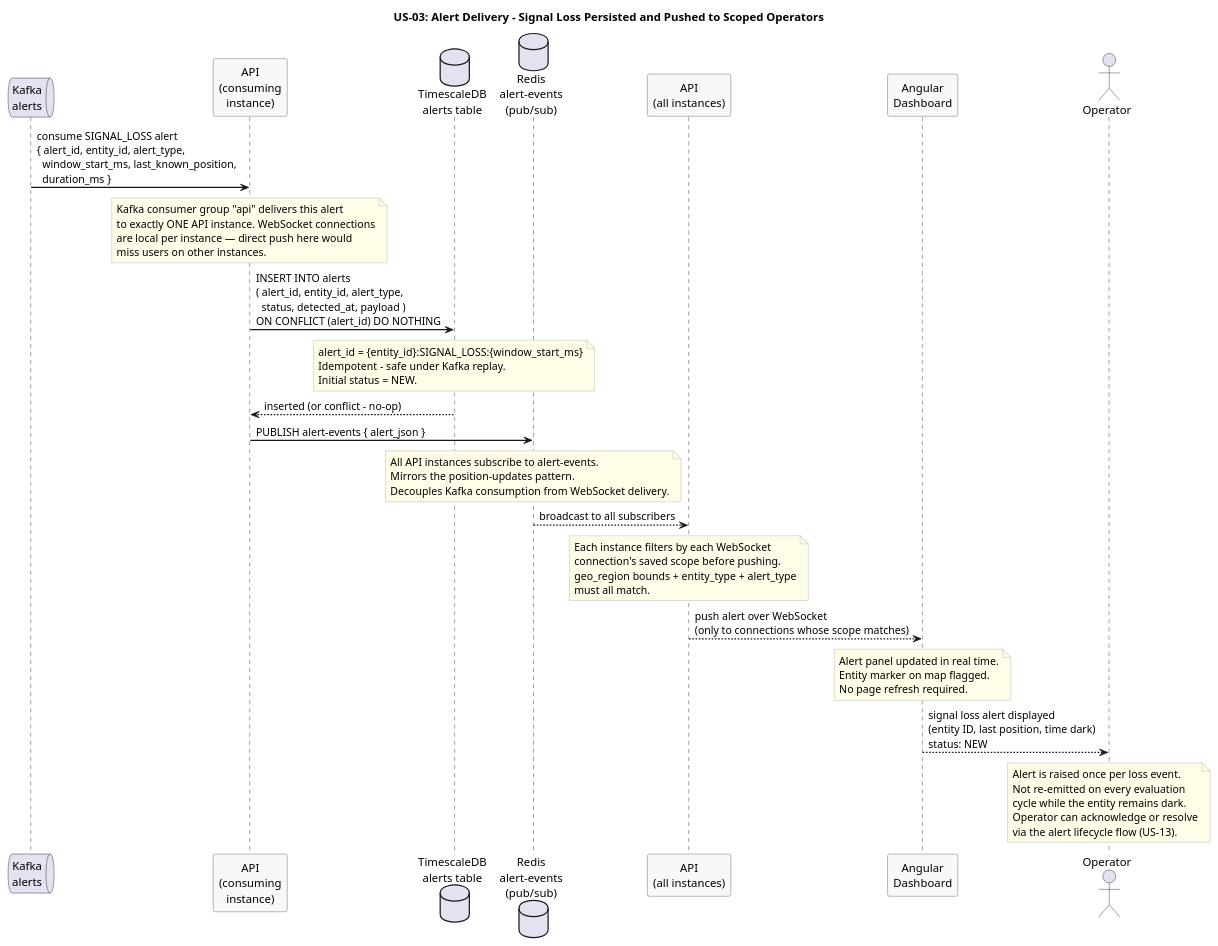
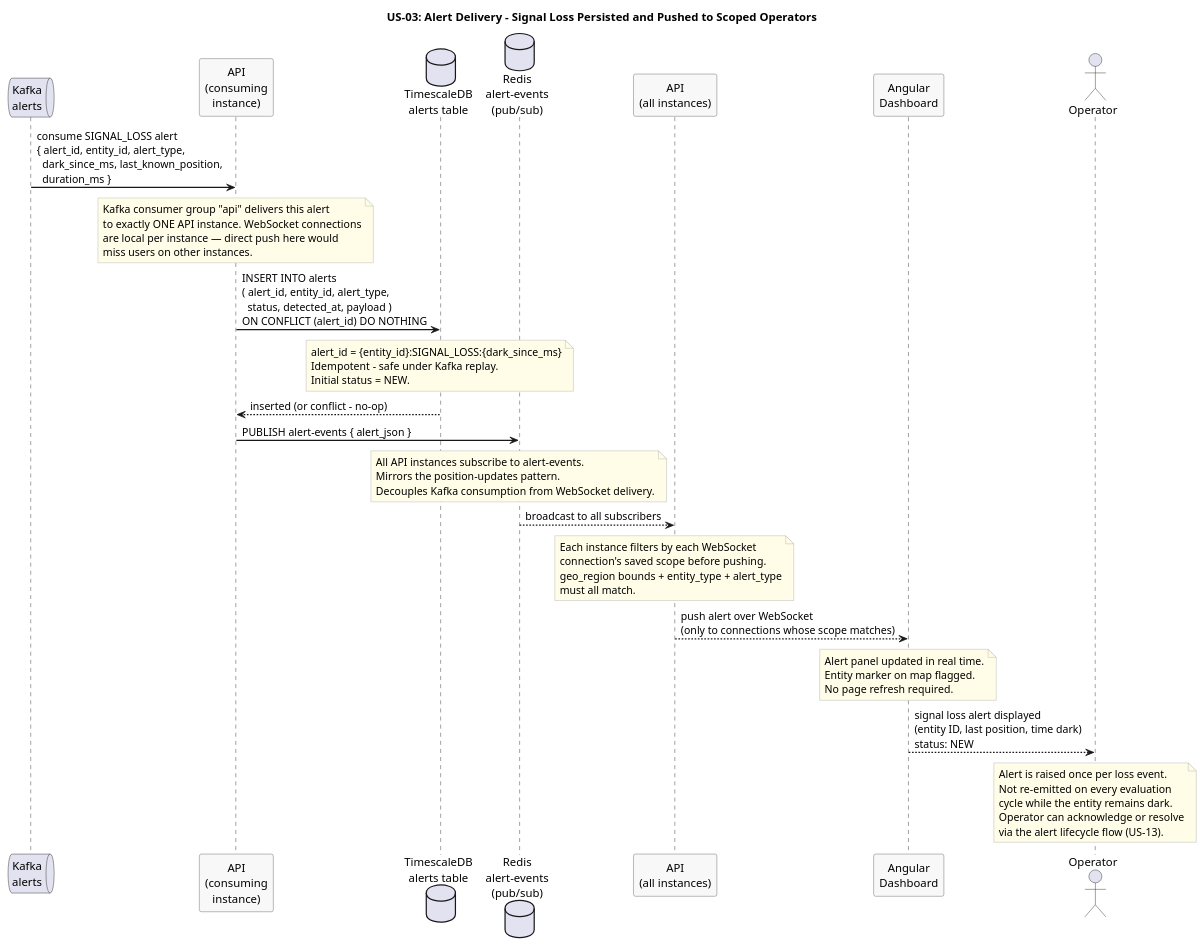
Before and after one commit to Buffden/sentinel: the diagram in docs/use-cases/US-03-signal-loss-alert/alert-delivery.puml, drawn with PlantUML. The commit also changed 7 other files, not shown here.

First line of the commit message:
alert-evaluator: composite supersession model — SIGNAL_LOSS emitted immediately, proximity supersedes atomically

```diff
--- a/docs/use-cases/US-03-signal-loss-alert/alert-delivery.puml
+++ b/docs/use-cases/US-03-signal-loss-alert/alert-delivery.puml
@@ -1,72 +1,72 @@
 @startuml alert-delivery
 title US-03: Alert Delivery - Signal Loss Persisted and Pushed to Scoped Operators
 
 skinparam sequenceArrowThickness 1.5
 skinparam participantBorderColor #555555
 skinparam participantBackgroundColor #F8F8F8
 skinparam noteBorderColor #AAAAAA
 skinparam noteBackgroundColor #FFFDE7
 
 queue "Kafka\nalerts" as Kafka
 participant "API\n(consuming\ninstance)" as APIConsumer
 database "TimescaleDB\nalerts table" as TSDB
 database "Redis\nalert-events\n(pub/sub)" as RedisPubSub
 participant "API\n(all instances)" as APIAll
 participant "Angular\nDashboard" as Dashboard
 actor Operator
 
-Kafka -> APIConsumer : consume SIGNAL_LOSS alert\n{ alert_id, entity_id, alert_type,\n  window_start_ms, last_known_position,\n  duration_ms }
+Kafka -> APIConsumer : consume SIGNAL_LOSS alert\n{ alert_id, entity_id, alert_type,\n  dark_since_ms, last_known_position,\n  duration_ms }
 
 note over APIConsumer
   Kafka consumer group "api" delivers this alert
   to exactly ONE API instance. WebSocket connections
   are local per instance — direct push here would
   miss users on other instances.
 end note
 
 APIConsumer -> TSDB : INSERT INTO alerts\n( alert_id, entity_id, alert_type,\n  status, detected_at, payload )\nON CONFLICT (alert_id) DO NOTHING
 
 note over TSDB
-  alert_id = {entity_id}:SIGNAL_LOSS:{window_start_ms}
+  alert_id = {entity_id}:SIGNAL_LOSS:{dark_since_ms}
   Idempotent - safe under Kafka replay.
   Initial status = NEW.
 end note
 
 TSDB --> APIConsumer : inserted (or conflict - no-op)
 
 APIConsumer -> RedisPubSub : PUBLISH alert-events { alert_json }
 
 note over RedisPubSub
   All API instances subscribe to alert-events.
   Mirrors the position-updates pattern.
   Decouples Kafka consumption from WebSocket delivery.
 end note
 
 RedisPubSub --> APIAll : broadcast to all subscribers
 
 note over APIAll
   Each instance filters by each WebSocket
   connection's saved scope before pushing.
   geo_region bounds + entity_type + alert_type
   must all match.
 end note
 
 APIAll --> Dashboard : push alert over WebSocket\n(only to connections whose scope matches)
 
 note over Dashboard
   Alert panel updated in real time.
   Entity marker on map flagged.
   No page refresh required.
 end note
 
 Dashboard --> Operator : signal loss alert displayed\n(entity ID, last position, time dark)\nstatus: NEW
 
 note over Operator
   Alert is raised once per loss event.
   Not re-emitted on every evaluation
   cycle while the entity remains dark.
   Operator can acknowledge or resolve
   via the alert lifecycle flow (US-13).
 end note
 
 @enduml
```
